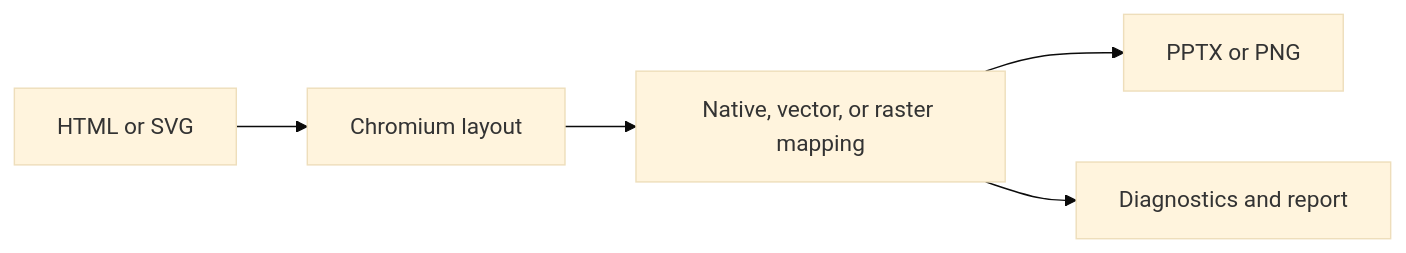
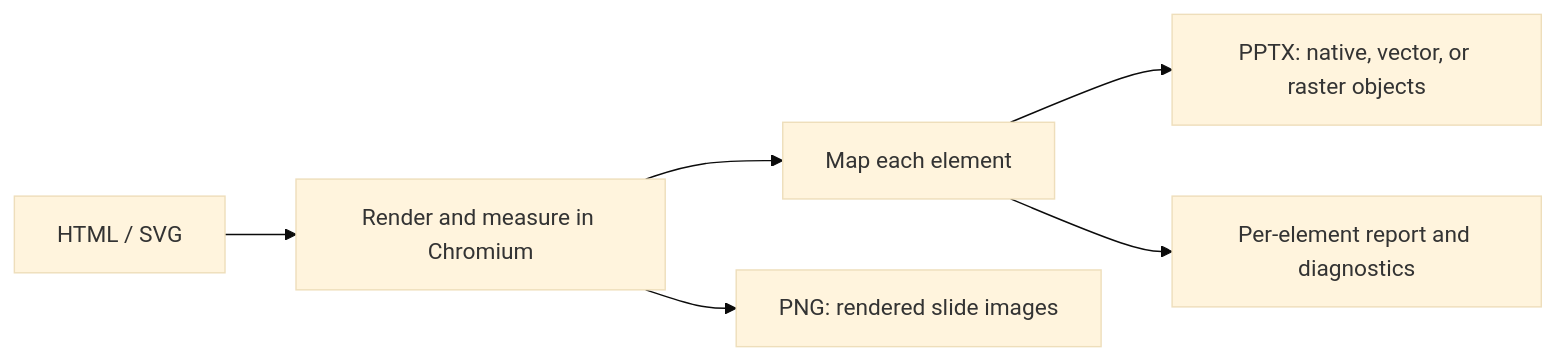
Before and after one commit to kobebryantwt/deckhtml: the diagram in docs/deckhtml/overview.mdx, drawn with Mermaid (base theme). The commit also changed other lines of this file and 46 other files, not shown here.

````diff
--- a/docs/deckhtml/overview.mdx
+++ b/docs/deckhtml/overview.mdx
@@ -18,7 +18,8 @@
 ```mermaid
 flowchart LR
-  H["HTML or SVG"] --> B["Chromium layout"]
-  B --> M["Native, vector, or raster mapping"]
-  M --> P["PPTX or PNG"]
-  M --> R["Diagnostics and report"]
+  H["HTML / SVG"] --> B["Render and measure in Chromium"]
+  B --> M["Map each element"]
+  M --> P["PPTX: native, vector, or raster objects"]
+  B --> G["PNG: rendered slide images"]
+  M --> R["Per-element report and diagnostics"]
 ```
````
